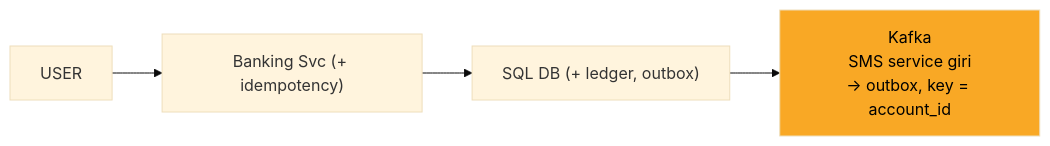
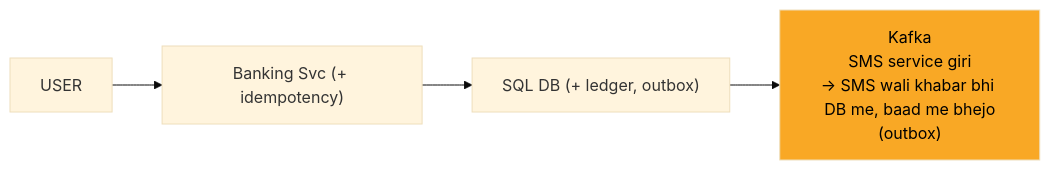
Before and after one commit to ArpanMaheshwari144/Prep: the sixth of 13 diagrams in 04_HLD/SYSTEM_DESIGNS/13_banking_system/13_banking_system.md, drawn with Mermaid (base theme). The commit also changed other lines of this file and 13 other files, not shown here.

````diff
--- a/04_HLD/SYSTEM_DESIGNS/13_banking_system/13_banking_system.md
+++ b/04_HLD/SYSTEM_DESIGNS/13_banking_system/13_banking_system.md
@@ -190,11 +190,11 @@
 ```mermaid
 flowchart LR
     n_USER["USER"]
     n_SVC["Banking Svc (+ idempotency)"]
     n_DB["SQL DB (+ ledger, outbox)"]
-    n_K["Kafka<br/>SMS service giri<br/>-> outbox, key = account_id"]
+    n_K["Kafka<br/>SMS service giri<br/>-> SMS wali khabar bhi DB me, baad me bhejo<br/>(outbox)"]
     n_USER --> n_SVC
     n_SVC --> n_DB
     n_DB --> n_K
     style n_K fill:#f9a825,color:#000
 ```
````
